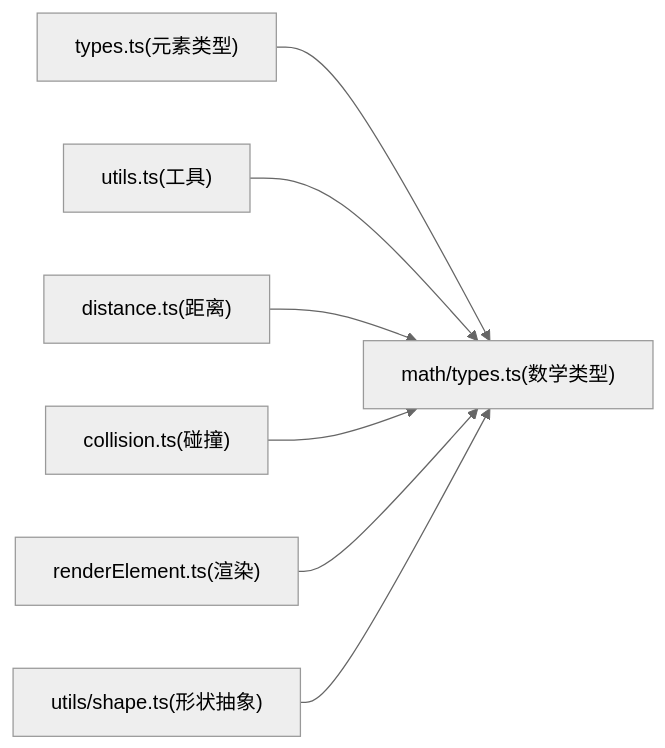
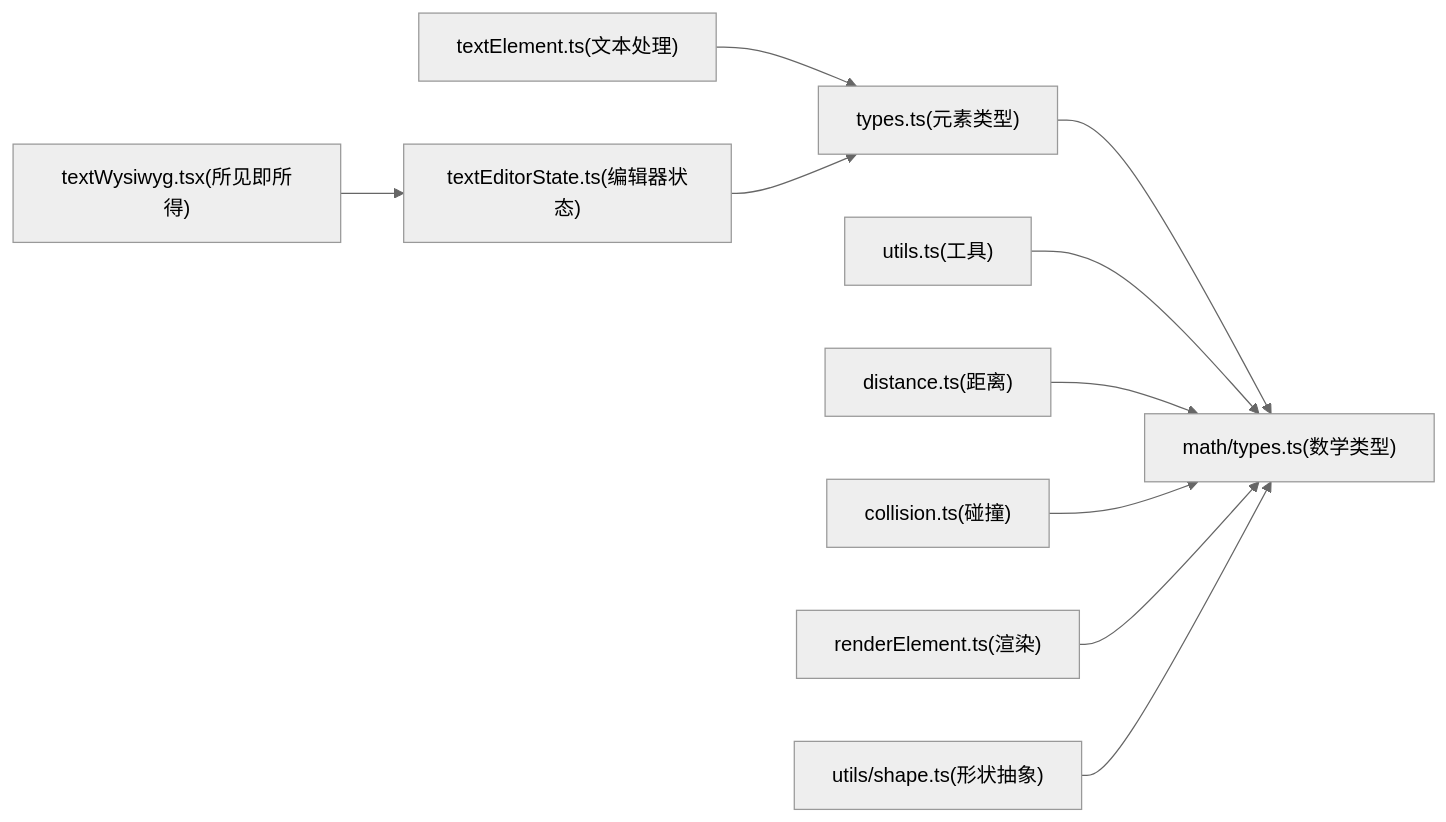
One commit to Az-qianchen/Excalidraw changed diagram 13 of 13 in .qoder/repowiki/zh/content/API 参考/元素 API.md. Above: the diagram before and after it, drawn with Mermaid (neutral theme). The commit also changed other lines of this file and 14 other files, not shown here.

````diff
--- a/.qoder/repowiki/zh/content/API 参考/元素 API.md
+++ b/.qoder/repowiki/zh/content/API 参考/元素 API.md
@@ -426,9 +502,12 @@
 ```mermaid
 graph LR
 Types["types.ts(元素类型)"] --> Math["math/types.ts(数学类型)"]
 Utils["utils.ts(工具)"] --> Math
 Distance["distance.ts(距离)"] --> Math
 Collision["collision.ts(碰撞)"] --> Math
 Render["renderElement.ts(渲染)"] --> Math
 ShapeAbstraction["utils/shape.ts(形状抽象)"] --> Math
+TextElement["textElement.ts(文本处理)"] --> Types
+TextEditor["textEditorState.ts(编辑器状态)"] --> Types
+TextWysiwyg["textWysiwyg.tsx(所见即所得)"] --> TextEditor
 ```
````
